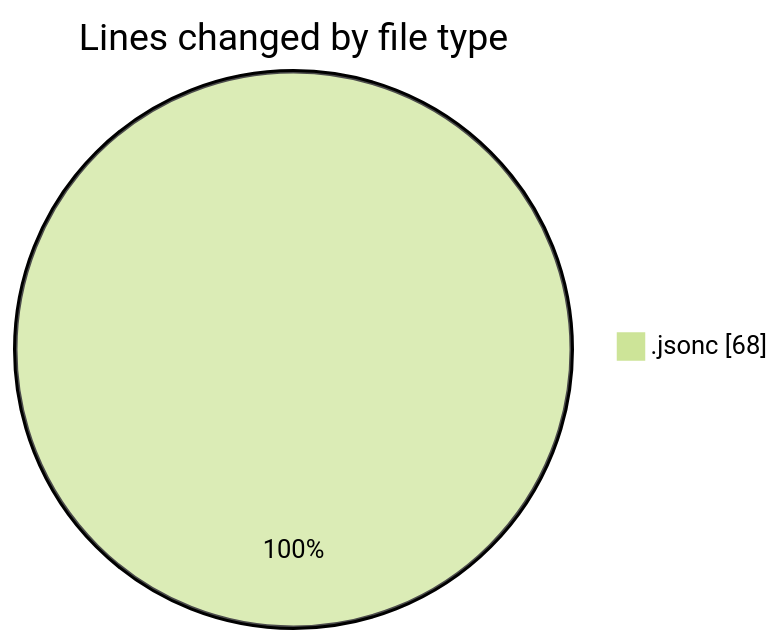
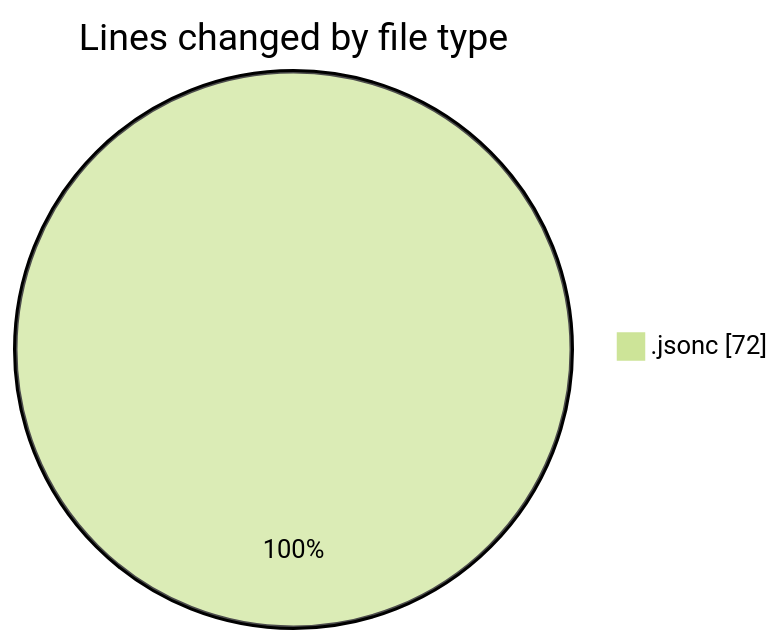
The first of 2 diagrams in 2025-08-03/opencode/README.md (EIIisD/code-tracking), drawn with Mermaid (forest theme) before and after one commit. The commit also changed other lines of this file and 1 other file, not shown here.

````diff
--- a/2025-08-03/opencode/README.md
+++ b/2025-08-03/opencode/README.md
@@ -20,5 +20,5 @@
 ```mermaid
 pie showData
 title Lines changed by file type
-".jsonc" : 68
+".jsonc" : 72
 ```
````
